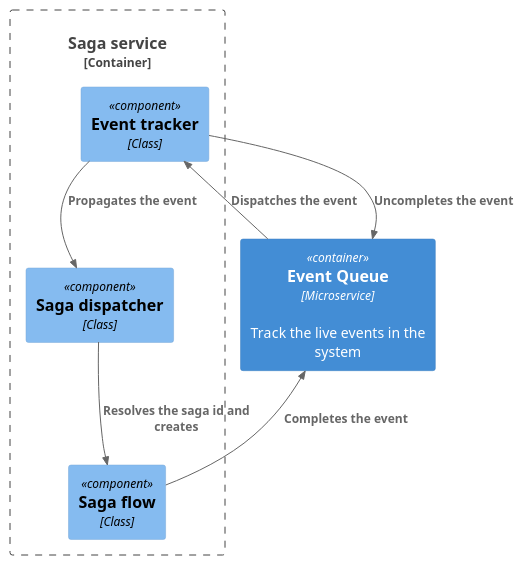
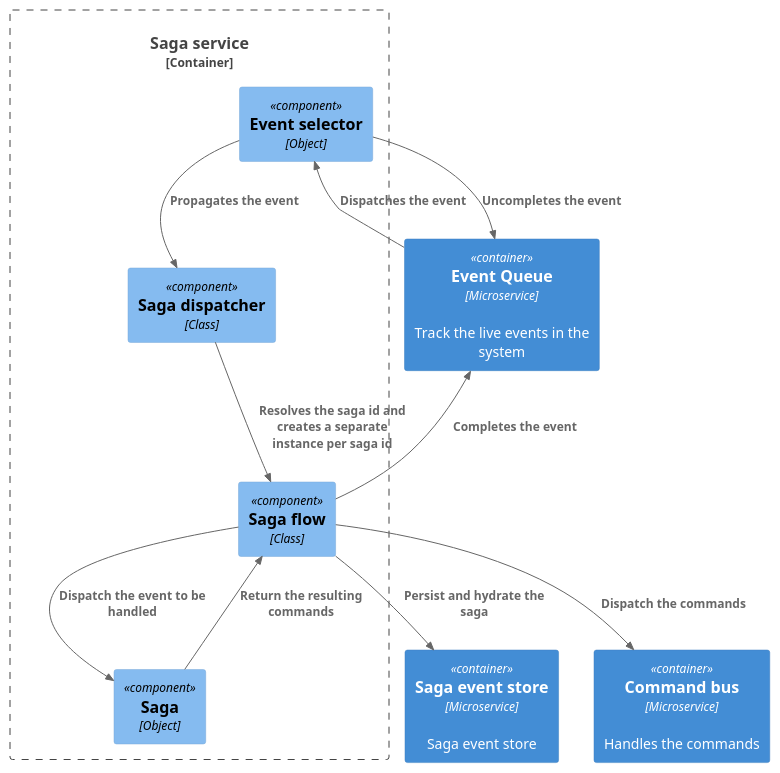
Before and after one commit to zedr0n/ZES: the diagram in C4/sagaService.puml, drawn with PlantUML.

Commit message:
add more c4

```diff
--- a/C4/sagaService.puml
+++ b/C4/sagaService.puml
@@ -1,19 +1,26 @@
 @startuml
 !include https://raw.githubusercontent.com/plantuml-stdlib/C4-PlantUML/master/C4_Container.puml
 !include <c4/C4_Component.puml>  
 
 Container(eventQueue, "Event Queue","Microservice","Track the live events in the system")
+Container(sagaStore, "Saga event store","Microservice", "Saga event store")
+Container(commandBus, "Command bus", "Microservice", "Handles the commands")
 
 Container_Boundary(sagaService, "Saga service") {
-    Component(eventTracker, "Event tracker", "Class")
+    Component(eventSelector, "Event selector", "Object")
     Component(sagaDispatcher, "Saga dispatcher", "Class")
     Component(sagaFlow, "Saga flow","Class")
+    Component(saga, "Saga", "Object")
 }
 
-Rel(eventQueue, eventTracker, "Dispatches the event")
-Rel(eventTracker, eventQueue, "Uncompletes the event")
-Rel(eventTracker, sagaDispatcher, "Propagates the event")
-Rel(sagaDispatcher, sagaFlow, "Resolves the saga id and creates")
+Rel(eventQueue, eventSelector, "Dispatches the event")
+Rel(eventSelector, eventQueue, "Uncompletes the event")
+Rel(eventSelector, sagaDispatcher, "Propagates the event")
+Rel(sagaDispatcher, sagaFlow, "Resolves the saga id and creates a separate instance per saga id")
 Rel(sagaFlow, eventQueue, "Completes the event")
+Rel(sagaFlow, saga, "Dispatch the event to be handled")
+Rel(saga, sagaFlow, "Return the resulting commands")
+Rel(sagaFlow, sagaStore, "Persist and hydrate the saga")
+Rel(sagaFlow, commandBus, "Dispatch the commands")
 
 @enduml
```
